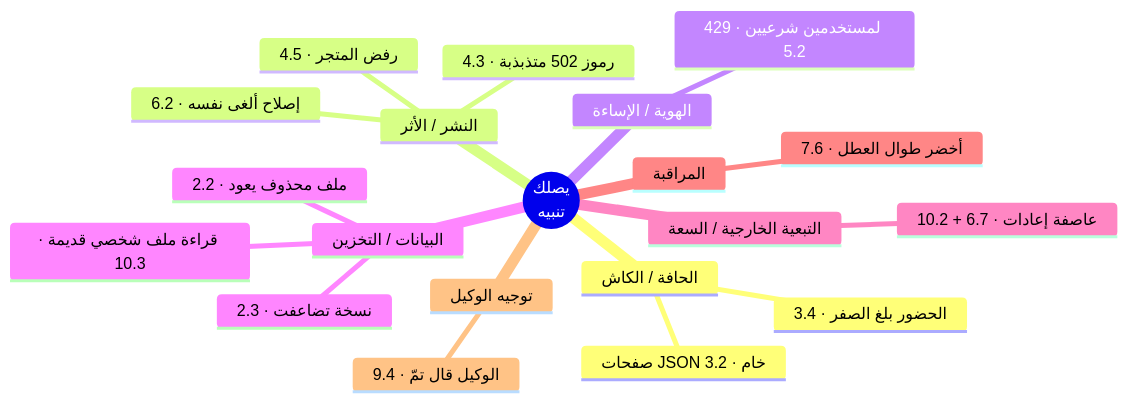
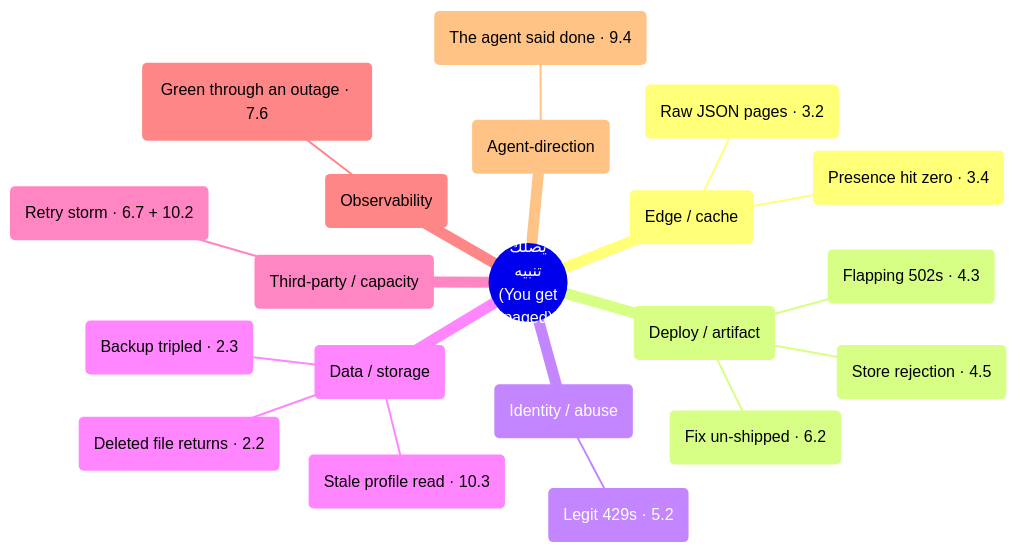
The second of 2 diagrams in modules/12-capstone/module.ar.md (Tamoura/system-design-for-vibe-coders), drawn with Mermaid before and after one commit. The commit also changed other lines of this file and 62 other files, not shown here.

First line of the commit message:
Arabic editions: English on every diagram label, RTL fixes, rebuild

````diff
--- a/modules/12-capstone/module.ar.md
+++ b/modules/12-capstone/module.ar.md
@@ -466,23 +466,23 @@
 ```mermaid
 mindmap
-  root(("يصلك<br/>تنبيه"))
-    الحافة / الكاش
-      صفحات JSON خام · 3.2
-      الحضور بلغ الصفر · 3.4
-    النشر / الأثر
-      رموز 502 متذبذبة · 4.3
-      إصلاح ألغى نفسه · 6.2
-      رفض المتجر · 4.5
-    الهوية / الإساءة
-      429 لمستخدمين شرعيين · 5.2
-    البيانات / التخزين
-      نسخة تضاعفت · 2.3
-      ملف محذوف يعود · 2.2
-      قراءة ملف شخصي قديمة · 10.3
-    التبعية الخارجية / السعة
-      عاصفة إعادات · 6.7 + 10.2
-    المراقبة
-      أخضر طوال العطل · 7.6
-    توجيه الوكيل
-      الوكيل قال تمّ · 9.4
+  root(("يصلك<br/>تنبيه<br/>(You get<br/>paged)"))
+     / الكاش (Edge / cache)
+       JSON خام · 3.2 (Raw JSON pages · 3.2)
+       بلغ الصفر · 3.4 (Presence hit zero · 3.4)
+     / الأثر (Deploy / artifact)
+       502 متذبذبة · 4.3 (Flapping 502s · 4.3)
+       ألغى نفسه · 6.2 (Fix un-shipped · 6.2)
+       المتجر · 4.5 (Store rejection · 4.5)
+     / الإساءة (Identity / abuse)
+       لمستخدمين شرعيين · 5.2 (Legit 429s · 5.2)
+     / التخزين (Data / storage)
+       تضاعفت · 2.3 (Backup tripled · 2.3)
+       محذوف يعود · 2.2 (Deleted file returns · 2.2)
+       ملف شخصي قديمة · 10.3 (Stale profile read · 10.3)
+     الخارجية / السعة (Third-party / capacity)
+       إعادات · 6.7 + 10.2 (Retry storm · 6.7 + 10.2)
+     (Observability)
+       طوال العطل · 7.6 (Green through an outage · 7.6)
+     الوكيل (Agent-direction)
+       قال تمّ · 9.4 (The agent said done · 9.4)
 ```
````
